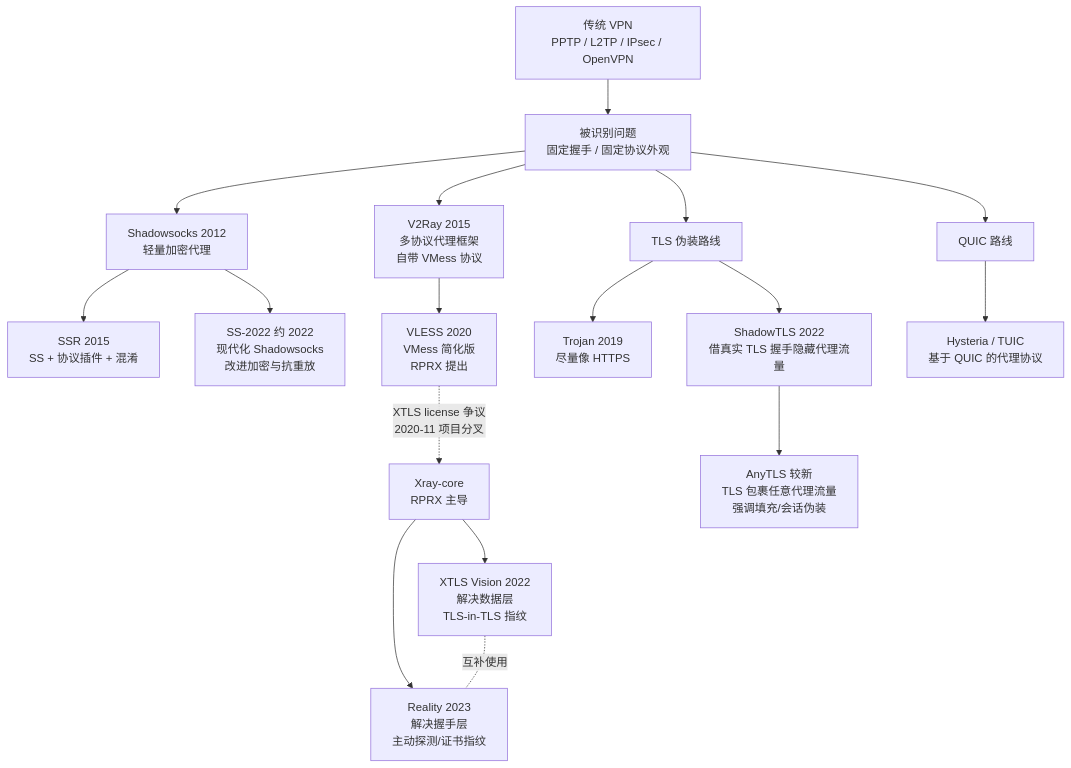
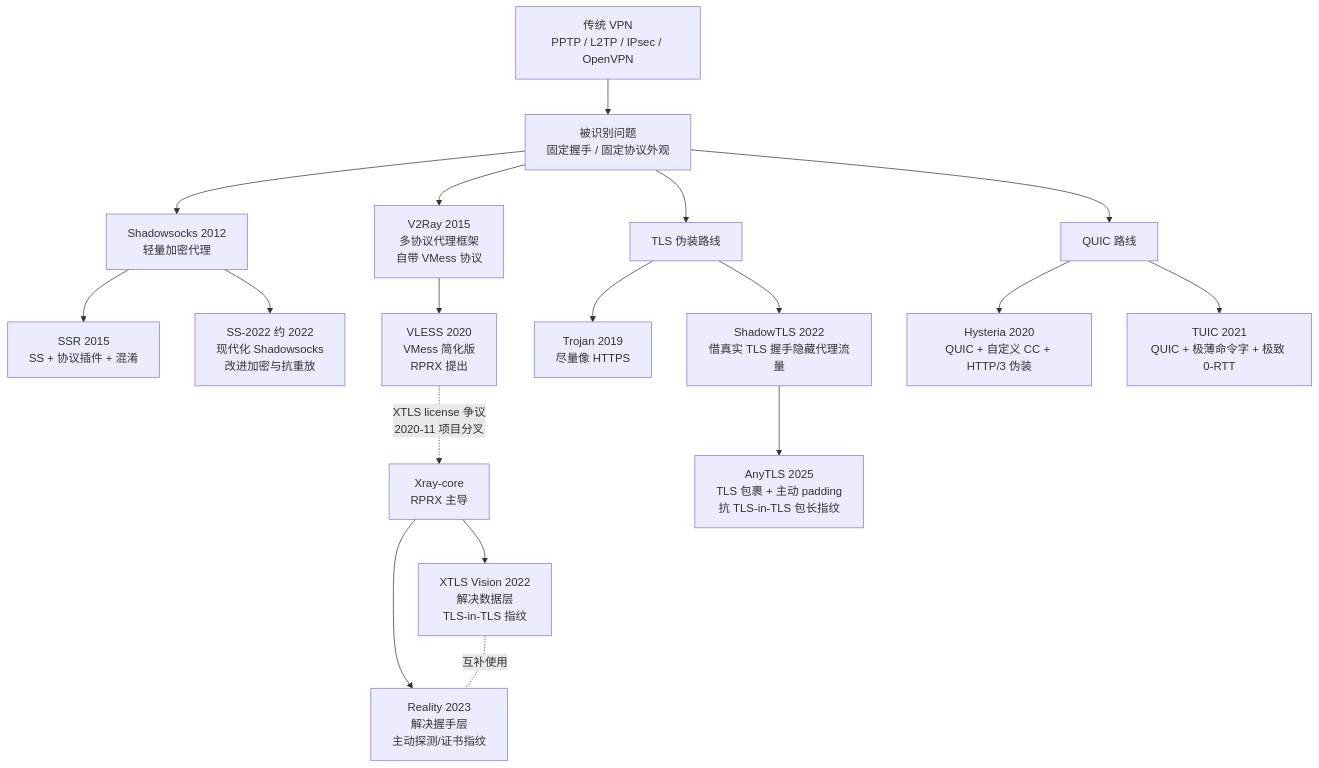
Before and after one commit to asukaonly/asukaonly.github.io: the first of 12 diagrams in content/posts/other/代理协议全流程解析.md, drawn with Mermaid. The commit also changed other lines of this file, not shown here.

````diff
--- a/content/posts/other/代理协议全流程解析.md
+++ b/content/posts/other/代理协议全流程解析.md
@@ -17,25 +64,26 @@
 ```mermaid
 
 flowchart TD
     A[传统 VPN<br/>PPTP / L2TP / IPsec / OpenVPN] --> B[被识别问题<br/>固定握手 / 固定协议外观]
 
     B --> C[Shadowsocks 2012<br/>轻量加密代理]
     C --> D[SSR 2015<br/>SS + 协议插件 + 混淆]
     C --> E[SS-2022 约 2022<br/>现代化 Shadowsocks<br/>改进加密与抗重放]
 
     B --> J[V2Ray 2015<br/>多协议代理框架<br/>自带 VMess 协议]
     J --> VLESS[VLESS 2020<br/>VMess 简化版<br/>RPRX 提出]
     VLESS -.XTLS license 争议<br/>2020-11 项目分叉.-> Xray[Xray-core<br/>RPRX 主导]
     Xray --> Vision[XTLS Vision 2022<br/>解决数据层<br/>TLS-in-TLS 指纹]
     Xray --> Reality[Reality 2023<br/>解决握手层<br/>主动探测/证书指纹]
     Vision -. 互补使用 .- Reality
 
     B --> F[TLS 伪装路线]
     F --> G[Trojan 2019<br/>尽量像 HTTPS]
     F --> H[ShadowTLS 2022<br/>借真实 TLS 握手隐藏代理流量]
-    H --> I[AnyTLS 较新<br/>TLS 包裹任意代理流量<br/>强调填充/会话伪装]
+    H --> I[AnyTLS 2025<br/>TLS 包裹 + 主动 padding<br/>抗 TLS-in-TLS 包长指纹]
 
     B --> L[QUIC 路线]
-    L --> M[Hysteria / TUIC<br/>基于 QUIC 的代理协议]
+    L --> M[Hysteria 2020<br/>QUIC + 自定义 CC + HTTP/3 伪装]
+    L --> N[TUIC 2021<br/>QUIC + 极薄命令字 + 极致 0-RTT]
 
 ```
````
